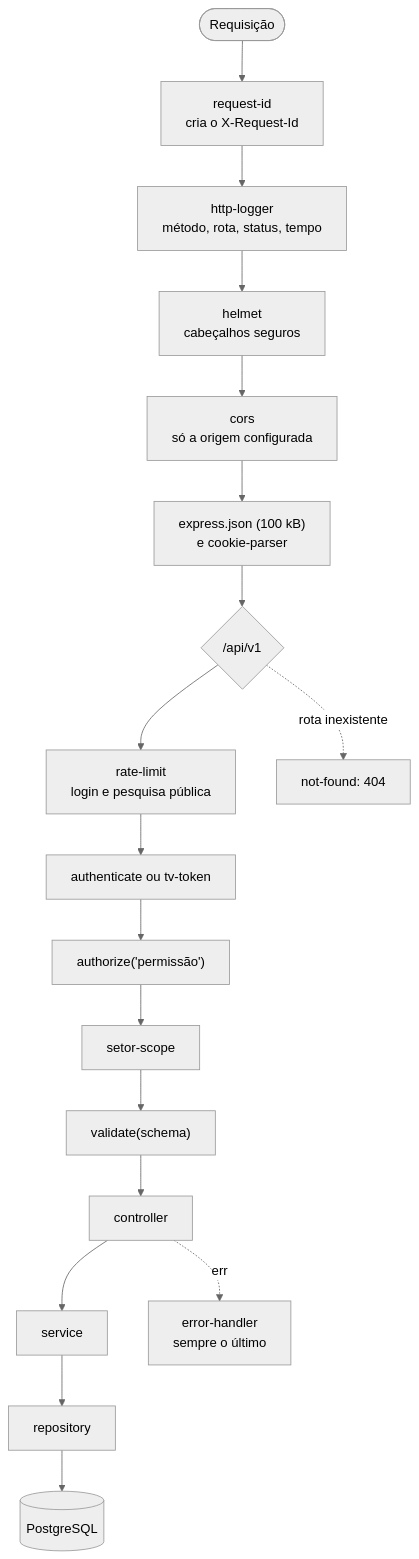
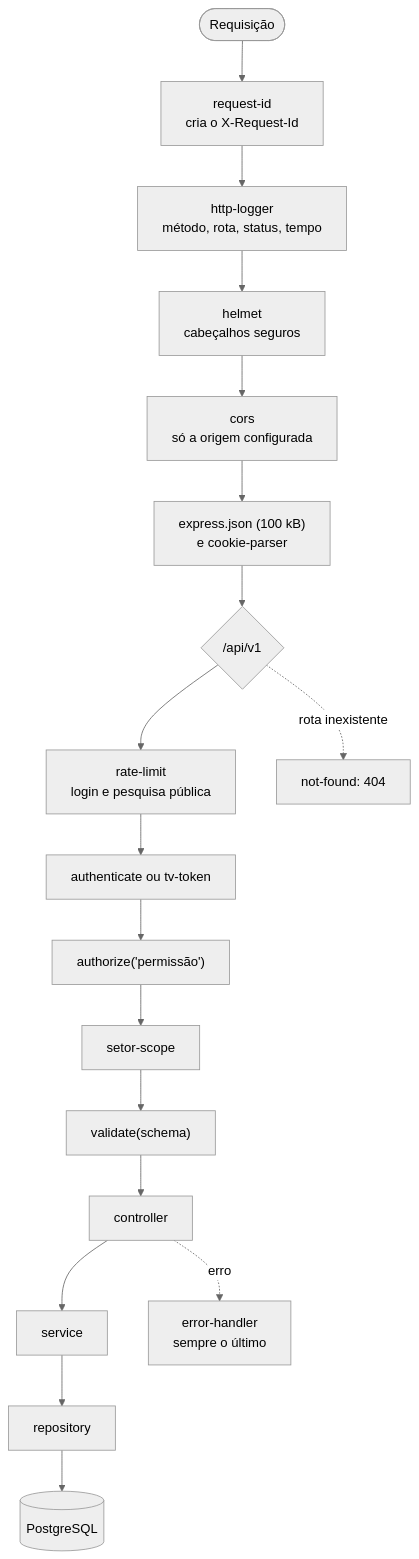
Before and after one commit to GabrielPittaBr/fhdod-satisfacao-api: the second of 2 diagrams in docs/arquitetura-backend.md, drawn with Mermaid (neutral theme). The commit also changed other lines of this file, not shown here.

Commit message:
docs: diagrama do ciclo da requisição com os rótulos entre aspas

````diff
--- a/docs/arquitetura-backend.md
+++ b/docs/arquitetura-backend.md
@@ -60,8 +60,8 @@
 ```mermaid
 flowchart TB
-    req([Requisição]) --> rid[request-id<br/>cria o X-Request-Id] --> log[http-logger<br/>método, rota, status, tempo] --> hel[helmet<br/>cabeçalhos seguros] --> cors[cors<br/>só a origem configurada] --> json["express.json (100 kB)<br/>e cookie-parser"]
+    req(["Requisição"]) --> rid["request-id<br/>cria o X-Request-Id"] --> log["http-logger<br/>método, rota, status, tempo"] --> hel["helmet<br/>cabeçalhos seguros"] --> cors["cors<br/>só a origem configurada"] --> json["express.json (100 kB)<br/>e cookie-parser"]
     json --> rotas{"/api/v1"}
-    rotas --> rl[rate-limit<br/>login e pesquisa pública] --> autn[authenticate ou tv-token] --> autz["authorize('permissão')"] --> esc[setor-scope] --> val["validate(schema)"] --> ctrl[controller] --> svc[service] --> repo[repository] --> db[(PostgreSQL)]
-    rotas -.rota inexistente.-> nf[not-found: 404]
-    ctrl -.erro.-> eh[error-handler<br/>sempre o último]
+    rotas --> rl["rate-limit<br/>login e pesquisa pública"] --> autn["authenticate ou tv-token"] --> autz["authorize('permissão')"] --> esc["setor-scope"] --> val["validate(schema)"] --> ctrl["controller"] --> svc["service"] --> repo["repository"] --> db[("PostgreSQL")]
+    rotas -. rota inexistente .-> nf["not-found: 404"]
+    ctrl -. erro .-> eh["error-handler<br/>sempre o último"]
 ```
````
